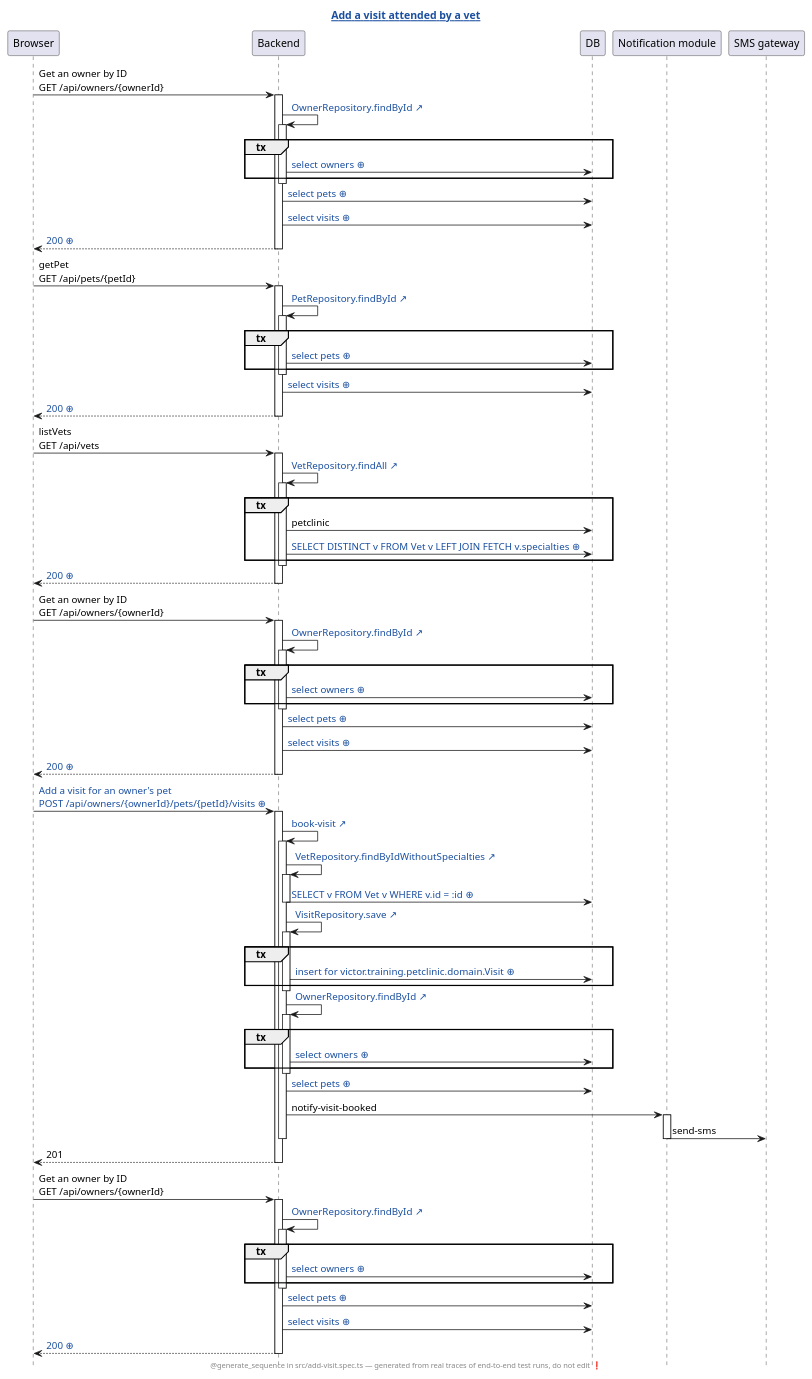
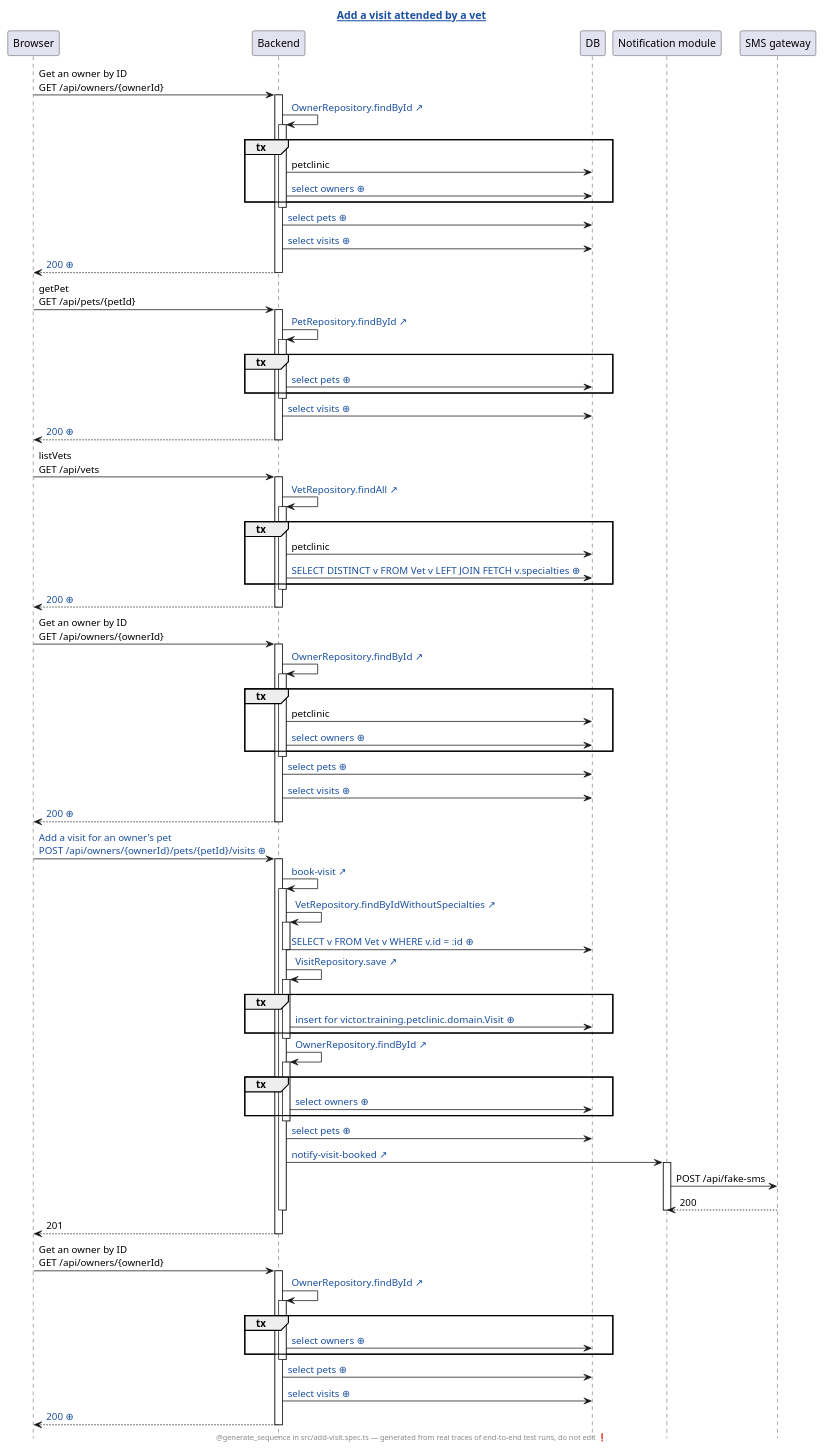
One commit to victorrentea/petclinic changed the diagram in petclinic-test/generated/add-visit.spec.ts.add-a-visit-attended-by-a-vet.genseq.puml. Above: the diagram before and after it, drawn with PlantUML. The commit also changed 9 other files, not shown here.

First line of the commit message:
Record the sequence diagrams with the SMS gateway self-call

```diff
--- a/petclinic-test/generated/add-visit.spec.ts.add-a-visit-attended-by-a-vet.genseq.puml
+++ b/petclinic-test/generated/add-visit.spec.ts.add-a-visit-attended-by-a-vet.genseq.puml
@@ -1,99 +1,102 @@
 @startuml
 ' ⚠️  GENERATED FILE — DO NOT EDIT. Every edit is lost on the next run.
 hide footbox
 skinparam hyperlinkUnderline false
 skinparam hyperlinkColor #1A4FA0
 title [[src://petclinic-test/src/add-visit.spec.ts:51{Click to open the test} Add a visit attended by a vet]]
 footer @generate_sequence in src/add-visit.spec.ts — generated from real traces of end-to-end test runs, do not edit ❗
 participant Browser
 participant Backend
 participant DB
 participant "Notification module"
 participant "SMS gateway"
 Browser -> Backend: Get an owner by ID\nGET /api/owners/{ownerId}
 activate Backend
 Backend -> Backend: [[src://petclinic-backend/src/main/java/victor/training/petclinic/repository/OwnerRepository.java:14{Click to open OwnerRepository.findById} OwnerRepository.findById ↗]]
 activate Backend
 group tx
+Backend -> DB: petclinic
 Backend -> DB: [[genseq://0x8aana{Click for the statement behind this call} select owners ⊕]]
 end
 deactivate Backend
 Backend -> DB: [[genseq://18567ho{Click for the statement behind this call} select pets ⊕]]
 Backend -> DB: [[genseq://1eq1h2q{Click for the statement behind this call} select visits ⊕]]
-Backend --> Browser: [[genseq://1rmwjnv{Click for this call’s JSON body} 200 ⊕]]
+Backend --> Browser: [[genseq://1eknq1r{Click for this call’s JSON body} 200 ⊕]]
 deactivate Backend
 Browser -> Backend: getPet\nGET /api/pets/{petId}
 activate Backend
 Backend -> Backend: [[src://petclinic-backend/src/main/java/victor/training/petclinic/repository/PetRepository.java:16{Click to open PetRepository.findById} PetRepository.findById ↗]]
 activate Backend
 group tx
 Backend -> DB: [[genseq://0y7w2ps{Click for the statement behind this call} select pets ⊕]]
 end
 deactivate Backend
 Backend -> DB: [[genseq://1eq1h2q{Click for the statement behind this call} select visits ⊕]]
-Backend --> Browser: [[genseq://1ln6t59{Click for this call’s JSON body} 200 ⊕]]
+Backend --> Browser: [[genseq://12z0d6p{Click for this call’s JSON body} 200 ⊕]]
 deactivate Backend
 Browser -> Backend: listVets\nGET /api/vets
 activate Backend
 Backend -> Backend: [[src://petclinic-backend/src/main/java/victor/training/petclinic/repository/VetRepository.java:12{Click to open VetRepository.findAll} VetRepository.findAll ↗]]
 activate Backend
 group tx
 Backend -> DB: petclinic
 Backend -> DB: [[genseq://0p6yxbc{Click for the statement behind this call} SELECT DISTINCT v FROM Vet v LEFT JOIN FETCH v.specialties ⊕]]
 end
 deactivate Backend
 Backend --> Browser: [[genseq://1nmg2oo{Click for this call’s JSON body} 200 ⊕]]
 deactivate Backend
 Browser -> Backend: Get an owner by ID\nGET /api/owners/{ownerId}
 activate Backend
 Backend -> Backend: [[src://petclinic-backend/src/main/java/victor/training/petclinic/repository/OwnerRepository.java:14{Click to open OwnerRepository.findById} OwnerRepository.findById ↗]]
 activate Backend
 group tx
+Backend -> DB: petclinic
 Backend -> DB: [[genseq://0x8aana{Click for the statement behind this call} select owners ⊕]]
 end
 deactivate Backend
 Backend -> DB: [[genseq://18567ho{Click for the statement behind this call} select pets ⊕]]
 Backend -> DB: [[genseq://1eq1h2q{Click for the statement behind this call} select visits ⊕]]
-Backend --> Browser: [[genseq://16adhaf{Click for this call’s JSON body} 200 ⊕]]
+Backend --> Browser: [[genseq://1ybiybr{Click for this call’s JSON body} 200 ⊕]]
 deactivate Backend
-Browser -> Backend: [[genseq://00b2uqk{Click for this call’s JSON body} Add a visit for an owner's pet\nPOST /api/owners/{ownerId}/pets/{petId}/visits ⊕]]
+Browser -> Backend: [[genseq://06gdnz2{Click for this call’s JSON body} Add a visit for an owner's pet\nPOST /api/owners/{ownerId}/pets/{petId}/visits ⊕]]
 activate Backend
-Backend -> Backend: [[src://petclinic-backend/src/main/java/victor/training/petclinic/rest/OwnerRestController.java:188{Click to open OwnerRestController.bookVisit} book-visit ↗]]
+Backend -> Backend: [[src://petclinic-backend/src/main/java/victor/training/petclinic/rest/OwnerRestController.java:191{Click to open OwnerRestController.bookVisit} book-visit ↗]]
 activate Backend
 Backend -> Backend: [[src://petclinic-backend/src/main/java/victor/training/petclinic/repository/VetRepository.java:19{Click to open VetRepository.findByIdWithoutSpecialties} VetRepository.findByIdWithoutSpecialties ↗]]
 activate Backend
 Backend -> DB: [[genseq://0exss5m{Click for the statement behind this call} SELECT v FROM Vet v WHERE v.id = :id ⊕]]
 deactivate Backend
 Backend -> Backend: [[src://petclinic-backend/src/main/java/victor/training/petclinic/repository/VisitRepository.java:14{Click to open VisitRepository.save} VisitRepository.save ↗]]
 activate Backend
 group tx
-Backend -> DB: [[genseq://19kej06{Click for the statement behind this call} insert for victor.training.petclinic.domain.Visit ⊕]]
+Backend -> DB: [[genseq://1gs18uw{Click for the statement behind this call} insert for victor.training.petclinic.domain.Visit ⊕]]
 end
 deactivate Backend
 Backend -> Backend: [[src://petclinic-backend/src/main/java/victor/training/petclinic/repository/OwnerRepository.java:14{Click to open OwnerRepository.findById} OwnerRepository.findById ↗]]
 activate Backend
 group tx
 Backend -> DB: [[genseq://0x8aana{Click for the statement behind this call} select owners ⊕]]
 end
 deactivate Backend
 Backend -> DB: [[genseq://18567ho{Click for the statement behind this call} select pets ⊕]]
-Backend -> "Notification module": notify-visit-booked
+Backend -> "Notification module": [[src://petclinic-backend/src/main/java/victor/training/petclinic/notification/FakeSmsNotificationSender.java:64{Click to open FakeSmsNotificationSender.visitBooked} notify-visit-booked ↗]]
 activate "Notification module"
-"Notification module" -> "SMS gateway": send-sms
+"Notification module" -> "SMS gateway": POST /api/fake-sms
+"SMS gateway" --> "Notification module": 200
 deactivate "Notification module"
 deactivate Backend
 Backend --> Browser: 201
 deactivate Backend
 Browser -> Backend: Get an owner by ID\nGET /api/owners/{ownerId}
 activate Backend
 Backend -> Backend: [[src://petclinic-backend/src/main/java/victor/training/petclinic/repository/OwnerRepository.java:14{Click to open OwnerRepository.findById} OwnerRepository.findById ↗]]
 activate Backend
 group tx
 Backend -> DB: [[genseq://0x8aana{Click for the statement behind this call} select owners ⊕]]
 end
 deactivate Backend
 Backend -> DB: [[genseq://18567ho{Click for the statement behind this call} select pets ⊕]]
 Backend -> DB: [[genseq://1eq1h2q{Click for the statement behind this call} select visits ⊕]]
-Backend --> Browser: [[genseq://061fsp2{Click for this call’s JSON body} 200 ⊕]]
+Backend --> Browser: [[genseq://0uzjn7v{Click for this call’s JSON body} 200 ⊕]]
 deactivate Backend
 @enduml
```
